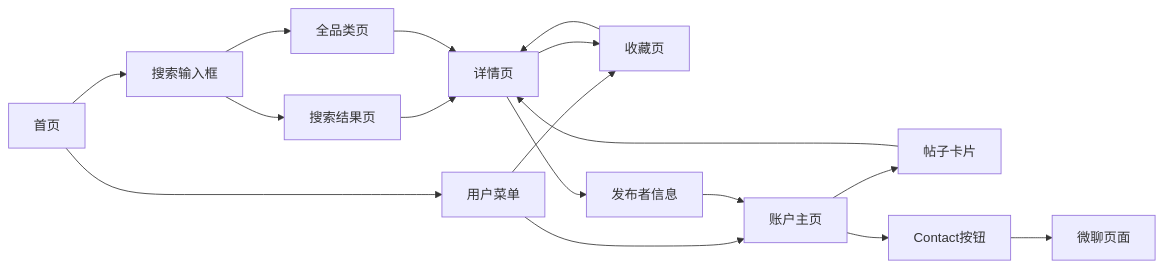
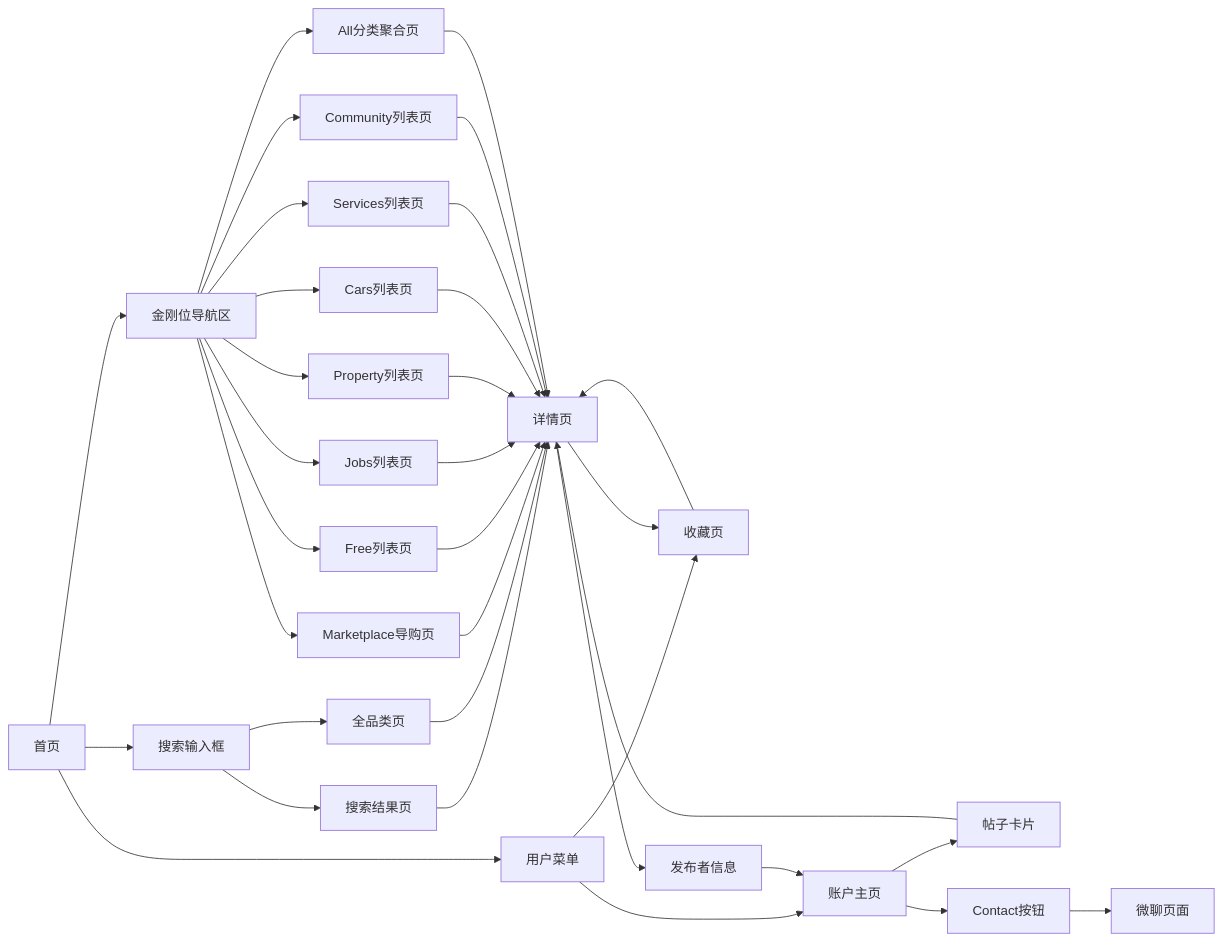
Before and after one commit to jiadan-user/jiacangku: the second of 2 diagrams in bundled/knowledge_base/业务知识图谱/通用业务域/通用业务全景.md, drawn with Mermaid. The commit also changed other lines of this file and 16 other files, not shown here.

````diff
--- a/bundled/knowledge_base/业务知识图谱/通用业务域/通用业务全景.md
+++ b/bundled/knowledge_base/业务知识图谱/通用业务域/通用业务全景.md
@@ -284,19 +314,39 @@
 ```mermaid
 graph LR
     Home[首页] --> SearchInput[搜索输入框]
     SearchInput --> SearchResult[搜索结果页]
     SearchInput --> AllCategory[全品类页]
     SearchResult --> Detail[详情页]
     AllCategory --> Detail
+    
+    Home --> KingKong[金刚位导航区]
+    KingKong --> MarketplaceList[Marketplace导购页]
+    KingKong --> FreeList[Free列表页]
+    KingKong --> JobsList[Jobs列表页]
+    KingKong --> PropertyList[Property列表页]
+    KingKong --> CarsList[Cars列表页]
+    KingKong --> ServicesList[Services列表页]
+    KingKong --> CommunityList[Community列表页]
+    KingKong --> AllListPage[All分类聚合页]
+    
+    MarketplaceList --> Detail
+    FreeList --> Detail
+    JobsList --> Detail
+    PropertyList --> Detail
+    CarsList --> Detail
+    ServicesList --> Detail
+    CommunityList --> Detail
+    AllListPage --> Detail
+    
     Home --> UserMenu[用户菜单]
     UserMenu --> Favorites[收藏页]
     UserMenu --> AccountProfile[账户主页]
     Detail --> PublisherInfo[发布者信息]
     PublisherInfo --> AccountProfile
     AccountProfile --> PostCard[帖子卡片]
     PostCard --> Detail
     AccountProfile --> ContactButton[Contact按钮]
     ContactButton --> IMPage[微聊页面]
     Favorites --> Detail
     Detail --> Favorites
 ```
````
